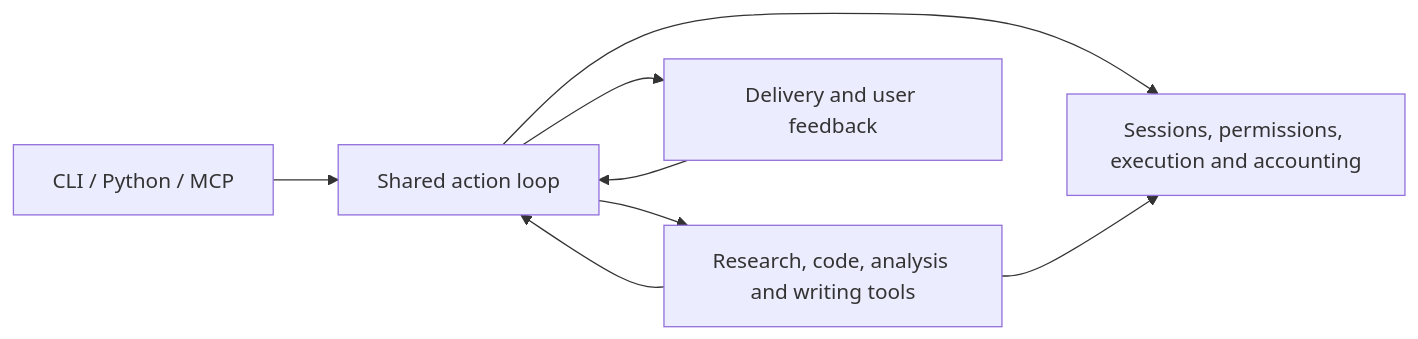
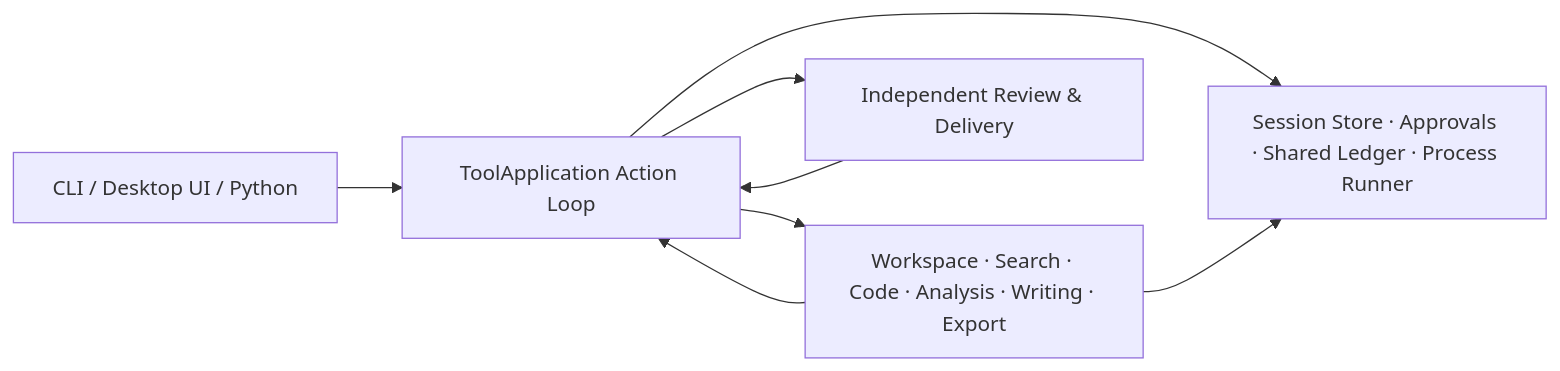
The diagram in docs/DEVELOPMENT.md (MKC-ShenZhi/SimpleAutoResearch), drawn with Mermaid before and after one commit. The commit also changed other lines of this file and 7 other files, not shown here.

````diff
--- a/docs/DEVELOPMENT.md
+++ b/docs/DEVELOPMENT.md
@@ -29,10 +28,10 @@
 ```mermaid
 flowchart LR
-    I[CLI / Python / MCP] --> A[Shared action loop]
-    A --> T[Research, code, analysis and writing tools]
+    I[CLI / Desktop UI / Python] --> A[ToolApplication Action Loop]
+    A --> T[Workspace · Search · Code · Analysis · Writing · Export]
     T --> A
-    A --> D[Delivery and user feedback]
-    D --> A
-    A --> R[Sessions, permissions, execution and accounting]
+    A --> V[Independent Review & Delivery]
+    V --> A
+    A --> R[Session Store · Approvals · Shared Ledger · Process Runner]
     T --> R
 ```
````
